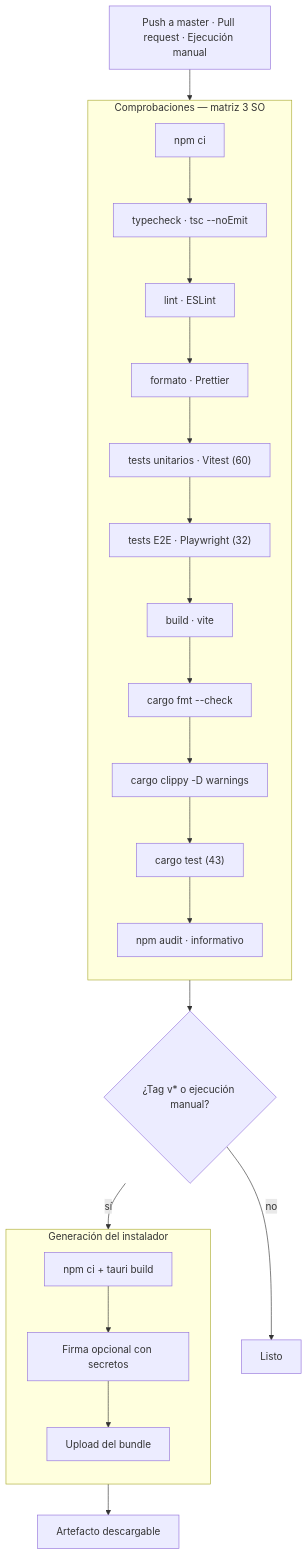
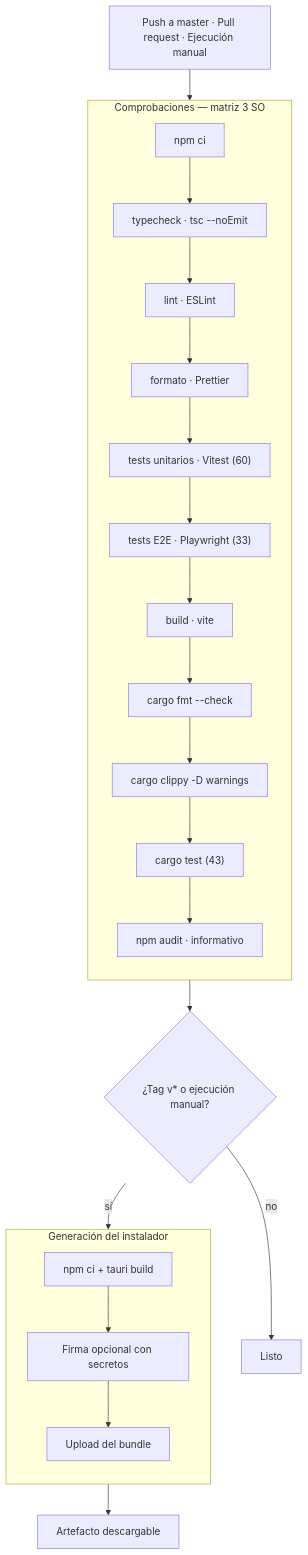
Before and after one commit to YordanoCS1/sakura-music: the diagram in docs/pipeline.md, drawn with Mermaid. The commit also changed 17 other files, not shown here.

````diff
--- a/docs/pipeline.md
+++ b/docs/pipeline.md
@@ -7,29 +7,29 @@
 ```mermaid
 flowchart TD
     IN["Push a master · Pull request · Ejecución manual"] --> CHK
 
     subgraph CHK["Comprobaciones — matriz 3 SO"]
       direction TB
       S1["npm ci"] --> S2["typecheck · tsc --noEmit"]
       S2 --> S3["lint · ESLint"]
       S3 --> S4["formato · Prettier"]
       S4 --> S5["tests unitarios · Vitest (60)"]
-      S5 --> S6["tests E2E · Playwright (32)"]
+      S5 --> S6["tests E2E · Playwright (33)"]
       S6 --> S7["build · vite"]
       S7 --> S8["cargo fmt --check"]
       S8 --> S9["cargo clippy -D warnings"]
       S9 --> S10["cargo test (43)"]
       S10 --> S11["npm audit · informativo"]
     end
 
     CHK --> GATE{"¿Tag v* o ejecución manual?"}
     GATE -->|"no"| FIN["Listo"]
     GATE -->|"sí"| BUILD["Job build · windows-latest"]
 
     subgraph BUILD["Generación del instalador"]
       direction TB
       B1["npm ci + tauri build"] --> B2["Firma opcional con secretos"] --> B3["Upload del bundle"]
     end
 
     BUILD --> FIN2["Artefacto descargable"]
 ```
````
